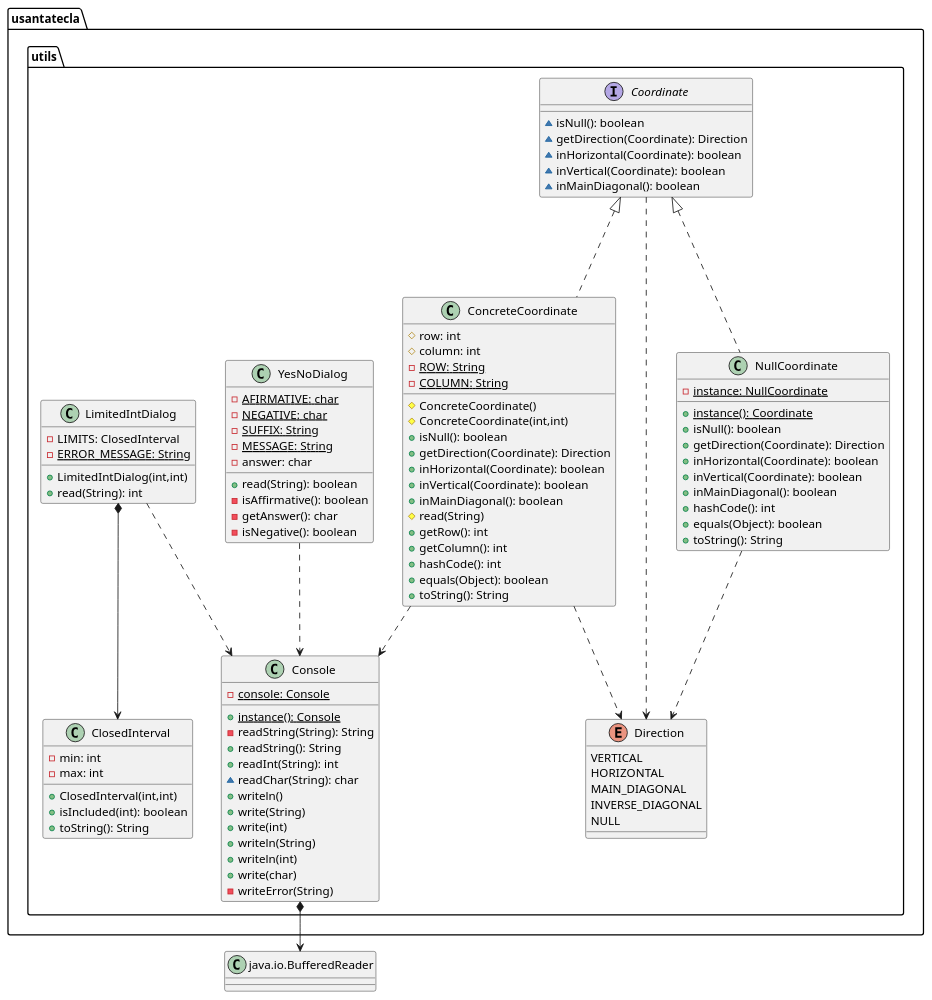
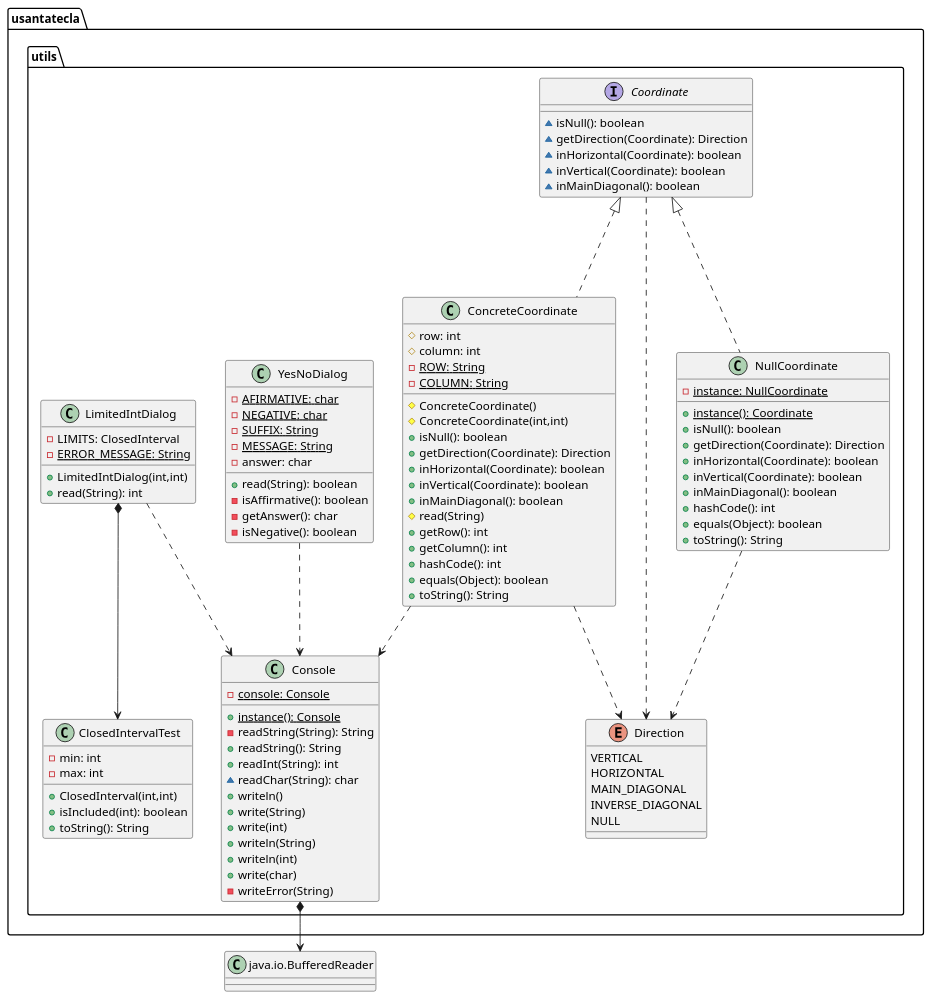
The fourth of 4 diagrams in documentView/console/docs/diagrams/src/paquetes.plantuml (Jolucaa/USantaTecla-project-ticTacToe), drawn with PlantUML before and after one commit. The commit also changed 12 other files, not shown here.

Commit message:
Tests domainModel usantatecla.utils implemented

```diff
--- a/documentView/console/docs/diagrams/src/paquetes.plantuml
+++ b/documentView/console/docs/diagrams/src/paquetes.plantuml
@@ -236,109 +236,109 @@
 @startuml tictactoe.utils
 class BufferedReader as "java.io.BufferedReader"{}
 
-class  usantatecla.utils.ClosedInterval{
+class  usantatecla.utils.ClosedIntervalTest{
 - min: int
 - max: int
 + ClosedInterval(int,int)
 + isIncluded(int): boolean
 + toString(): String
 }
 
 class usantatecla.utils.ConcreteCoordinate{
 # row: int
 # column: int
 - {static} ROW: String
 - {static} COLUMN: String
 # ConcreteCoordinate()
 # ConcreteCoordinate(int,int)
 + isNull(): boolean
 + getDirection(Coordinate): Direction
 + inHorizontal(Coordinate): boolean
 + inVertical(Coordinate): boolean
 + inMainDiagonal(): boolean
 # read(String)
 + getRow(): int
 + getColumn(): int
 + hashCode(): int
 + equals(Object): boolean
 + toString(): String
 }
 
 usantatecla.utils.Coordinate <|..down- usantatecla.utils.ConcreteCoordinate
 usantatecla.utils.ConcreteCoordinate ..> usantatecla.utils.Direction
 usantatecla.utils.ConcreteCoordinate ..> usantatecla.utils.Console
 
 
 class usantatecla.utils.Console{
 - {static} console: Console
 + {static} instance(): Console
 - readString(String): String
 + readString(): String
 + readInt(String): int
 ~ readChar(String): char
 + writeln()
 + write(String)
 + write(int)
 + writeln(String)
 + writeln(int)
 + write(char)
 - writeError(String)
 }
 usantatecla.utils.Console *-down-> BufferedReader
 
 interface usantatecla.utils.Coordinate{
 ~ isNull(): boolean
 ~ getDirection(Coordinate): Direction
 ~ inHorizontal(Coordinate): boolean
 ~ inVertical(Coordinate): boolean
 ~ inMainDiagonal(): boolean
 }
 usantatecla.utils.Coordinate ..> usantatecla.utils.Direction
 
 enum usantatecla.utils.Direction{
   VERTICAL
   HORIZONTAL
   MAIN_DIAGONAL
   INVERSE_DIAGONAL
   NULL
 }
 
 class usantatecla.utils.LimitedIntDialog{
 - LIMITS: ClosedInterval
 - {static} ERROR_MESSAGE: String
 + LimitedIntDialog(int,int)
 + read(String): int
 }
 
-usantatecla.utils.LimitedIntDialog *-down-> usantatecla.utils.ClosedInterval
+usantatecla.utils.LimitedIntDialog *-down-> usantatecla.utils.ClosedIntervalTest
 usantatecla.utils.LimitedIntDialog ..> usantatecla.utils.Console
 
 class usantatecla.utils.NullCoordinate{
 - {static} instance: NullCoordinate
 + {static} instance(): Coordinate
 + isNull(): boolean
 + getDirection(Coordinate): Direction
 + inHorizontal(Coordinate): boolean
 + inVertical(Coordinate): boolean
 + inMainDiagonal(): boolean
 + hashCode(): int
 + equals(Object): boolean
 + toString(): String
 }
 usantatecla.utils.Coordinate <|..down- usantatecla.utils.NullCoordinate
 usantatecla.utils.NullCoordinate ..> usantatecla.utils.Direction
 
 class usantatecla.utils.YesNoDialog{
 - {static} AFIRMATIVE: char
 - {static} NEGATIVE: char
 - {static} SUFFIX: String
 - {static} MESSAGE: String
 - answer: char
 + read(String): boolean
 - isAffirmative(): boolean
 - getAnswer(): char
 - isNegative(): boolean
 }
 usantatecla.utils.YesNoDialog ..> usantatecla.utils.Console
 
 @enduml
```
